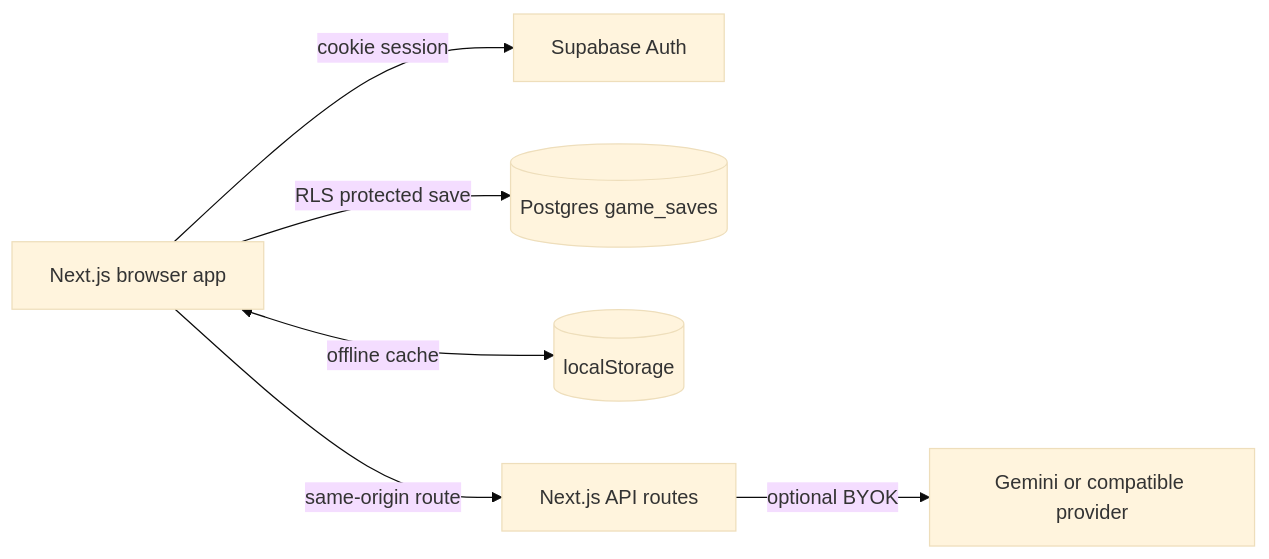
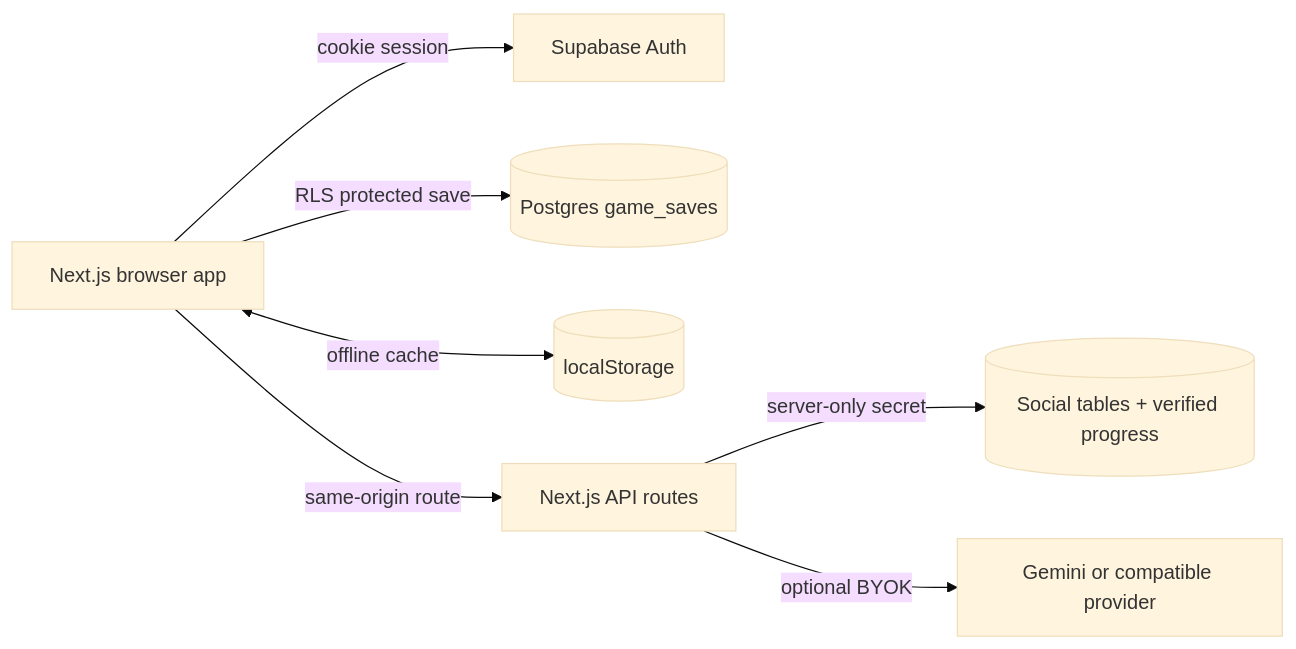
The diagram in README.md (efeyazgi/ShiftQuest), drawn with Mermaid (base theme) before and after one commit. The commit also changed other lines of this file and 61 other files, not shown here.

````diff
--- a/README.md
+++ b/README.md
@@ -30,8 +33,9 @@
 ```mermaid
 flowchart LR
     B[Next.js browser app] -->|cookie session| A[Supabase Auth]
     B -->|RLS protected save| D[(Postgres game_saves)]
     B <-->|offline cache| L[(localStorage)]
     B -->|same-origin route| N[Next.js API routes]
+    N -->|server-only secret| S[(Social tables + verified progress)]
     N -->|optional BYOK| G[Gemini or compatible provider]
 ```
````
